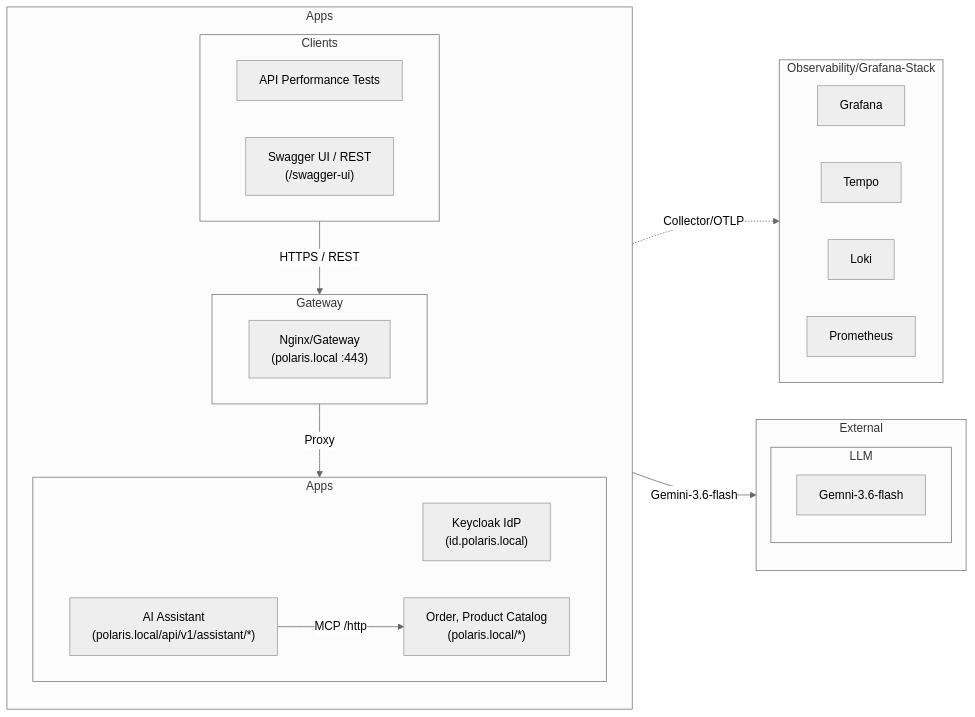
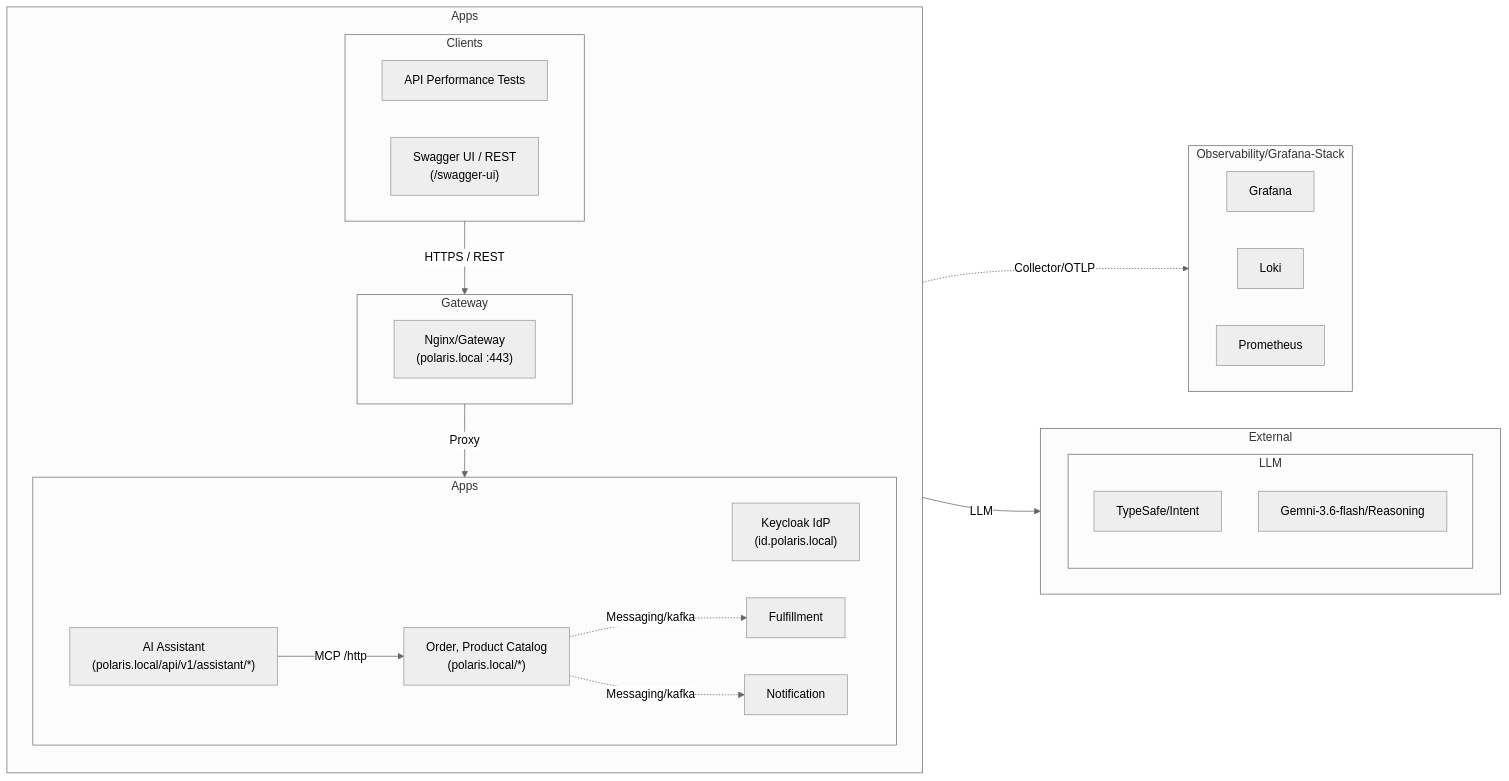
The diagram in src/java/03-Polaris/README.md (vungdv/hometask1), drawn with Mermaid (neutral theme) before and after one commit. The commit also changed other lines of this file and 9 other files, not shown here.

````diff
--- a/src/java/03-Polaris/README.md
+++ b/src/java/03-Polaris/README.md
@@ -36,38 +36,42 @@
 ```mermaid
 flowchart LR
     subgraph External["External"]
-        direction TB
+        direction LR
         subgraph LLM["LLM"]
-            Gemini-3.6-flash["Gemni-3.6-flash"]
+            TypeSafe["TypeSafe/Intent"]
+            Gemini-3.6-flash["Gemni-3.6-flash/Reasoning"]
         end
     end
     subgraph Observability["Observability/Grafana-Stack"]
         direction LR
         Grafana["Grafana"]
-        Tempo["Tempo"]
         Loki["Loki"]
         Prometheus["Prometheus"]
     end
     subgraph Main["Apps"]
         direction TB
         subgraph L1["Clients"]
             direction LR
             k6["API Performance Tests"]
             SwaggerUI["Swagger UI / REST<br/>(/swagger-ui)"]
         end
         subgraph L2["Gateway"]
             Nginx["Nginx/Gateway<br/>(polaris.local :443)"]
         end
         subgraph L3["Apps"]
             direction LR
             Keycloak["Keycloak IdP<br/>(id.polaris.local)"]
             Polaris-App["Order, Product Catalog<br/>(polaris.local/*)"]
             Polaris-Assistant["AI Assistant<br/>(polaris.local/api/v1/assistant/*)"]
+            Fulfillment["Fulfillment"]
+            Notification["Notification"]
         end
     end
     L1 -->|HTTPS / REST| L2
     L2 -->|Proxy| L3
     Polaris-Assistant -->|MCP /http| Polaris-App
+    Polaris-App -.->|Messaging/kafka| Fulfillment
+    Polaris-App -.->|Messaging/kafka| Notification
     Main -.->|Collector/OTLP| Observability
-    Polaris-Assistant -->|Gemini-3.6-flash| Gemini-3.6-flash
+    Polaris-Assistant -->|LLM| LLM
 ```
````
